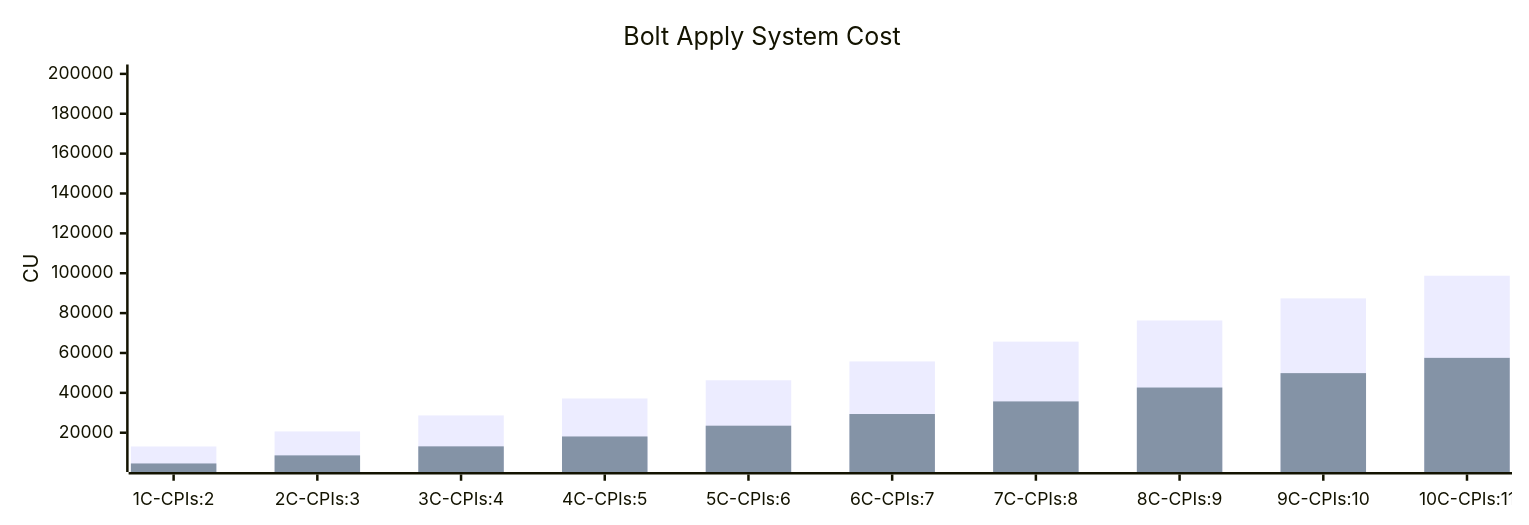
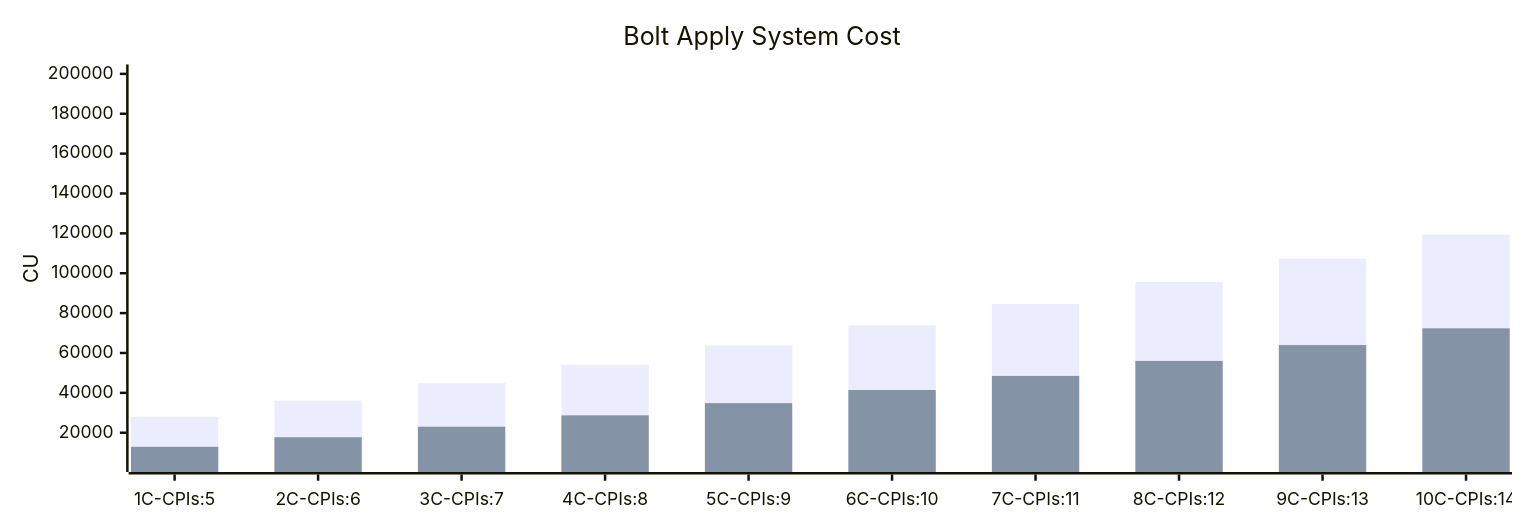
One commit to magicblock-labs/bolt changed the diagram in docs/REPORT.md. Above: the diagram before and after it, drawn with Mermaid. The commit also changed 6 other files, not shown here.

````diff
--- a/docs/REPORT.md
+++ b/docs/REPORT.md
@@ -1,9 +1,9 @@
 ```mermaid
 %%{init: {"xyChart": {"width": 1200, "height": 400, "xAxis": {}}}}%%
 xychart
     title "Bolt Apply System Cost"
-    x-axis ["1C-CPIs:2","2C-CPIs:3","3C-CPIs:4","4C-CPIs:5","5C-CPIs:6","6C-CPIs:7","7C-CPIs:8","8C-CPIs:9","9C-CPIs:10","10C-CPIs:11"]
+    x-axis ["1C-CPIs:5","2C-CPIs:6","3C-CPIs:7","4C-CPIs:8","5C-CPIs:9","6C-CPIs:10","7C-CPIs:11","8C-CPIs:12","9C-CPIs:13","10C-CPIs:14"]
     y-axis "CU" 5000 --> 200000
-    bar [13110,20640,28678,37169,46306,55754,65697,76307,87375,98746]
-    bar [4581,8633,13163,18120,23526,29382,35706,42669,49889,57556]
+    bar [27920,36122,44840,53998,63807,73921,84532,95616,107355,119393]
+    bar [12942,17735,23014,28707,34850,41442,48502,56008,63964,72367]
 ```
````
